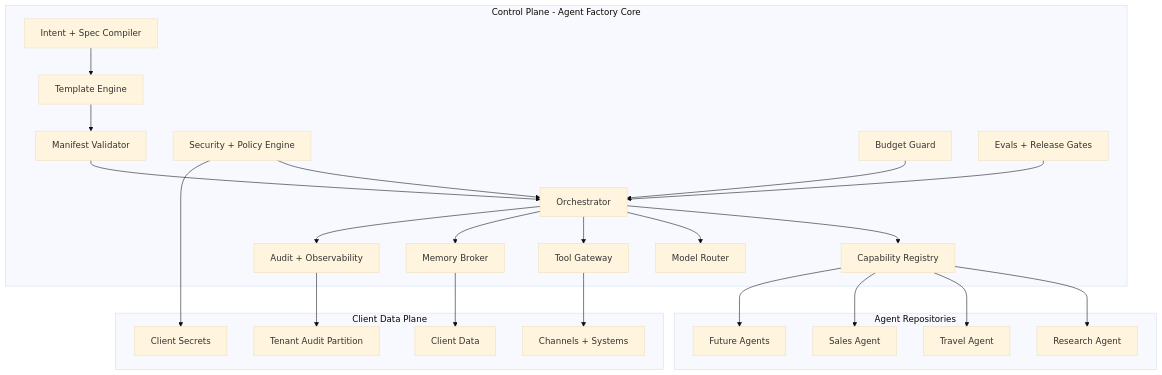
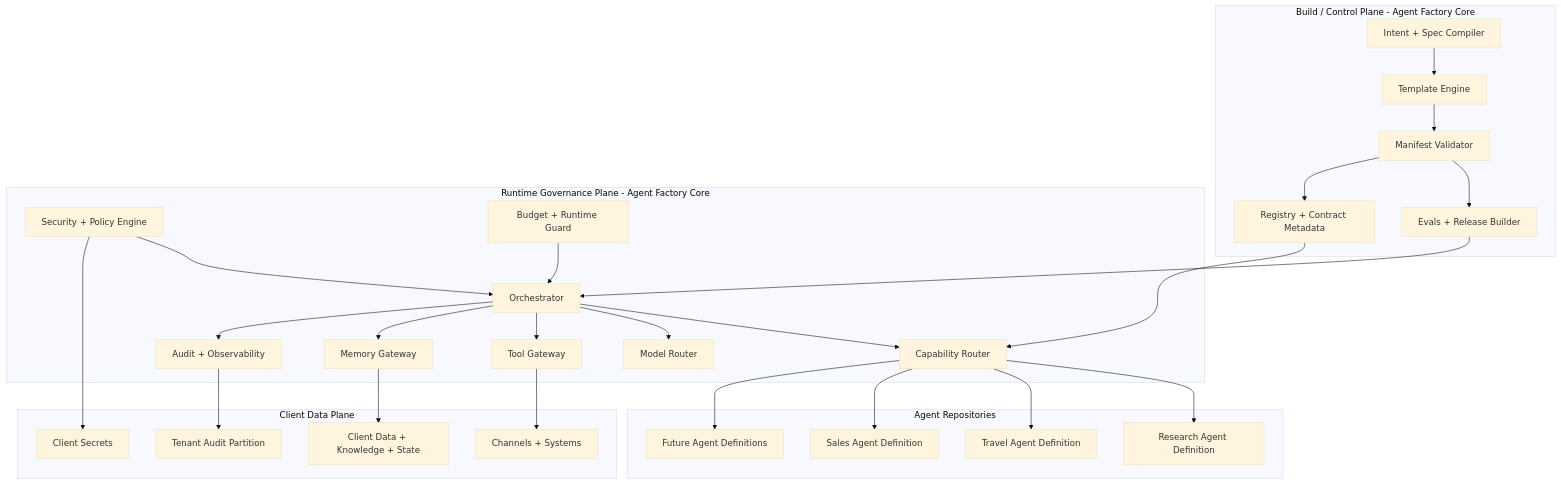
The diagram in docs/architecture.md (yuliabk/agent-factory-core), drawn with Mermaid (base theme) before and after one commit. The commit also changed other lines of this file, not shown here.

Commit message:
Accept architecture and split Core into build and runtime governance planes

````diff
--- a/docs/architecture.md
+++ b/docs/architecture.md
@@ -53,49 +90,55 @@
 ```mermaid
 flowchart TB
-    subgraph CP["Control Plane - Agent Factory Core"]
+    subgraph BCP["Build / Control Plane - Agent Factory Core"]
         INTAKE["Intent + Spec Compiler"]
         TMP["Template Engine"]
         MAN["Manifest Validator"]
+        REL["Evals + Release Builder"]
+        META["Registry + Contract Metadata"]
+    end
+
+    subgraph RGP["Runtime Governance Plane - Agent Factory Core"]
         ORCH["Orchestrator"]
-        REG["Capability Registry"]
+        POL["Security + Policy Engine"]
+        REG["Capability Router"]
         MR["Model Router"]
         TG["Tool Gateway"]
-        MEM["Memory Broker"]
-        POL["Security + Policy Engine"]
-        BUD["Budget Guard"]
+        MEM["Memory Gateway"]
+        BUD["Budget + Runtime Guard"]
         OBS["Audit + Observability"]
-        EV["Evals + Release Gates"]
     end
 
     subgraph AR["Agent Repositories"]
-        A1["Research Agent"]
-        A2["Travel Agent"]
-        A3["Sales Agent"]
-        A4["Future Agents"]
+        A1["Research Agent Definition"]
+        A2["Travel Agent Definition"]
+        A3["Sales Agent Definition"]
+        A4["Future Agent Definitions"]
     end
 
     subgraph DP["Client Data Plane"]
-        DATA["Client Data"]
+        DATA["Client Data + Knowledge + State"]
         SEC["Client Secrets"]
         CHANNELS["Channels + Systems"]
         LOGS["Tenant Audit Partition"]
     end
 
-    INTAKE --> TMP --> MAN --> ORCH
+    INTAKE --> TMP --> MAN --> REL
+    MAN --> META
+    REL --> ORCH
+    POL --> ORCH
+    BUD --> ORCH
     ORCH --> REG
     ORCH --> MR
     ORCH --> TG
     ORCH --> MEM
-    POL --> ORCH
-    BUD --> ORCH
     ORCH --> OBS
-    EV --> ORCH
+    META --> REG
     REG --> A1
     REG --> A2
     REG --> A3
     REG --> A4
     TG --> CHANNELS
     MEM --> DATA
     POL --> SEC
     OBS --> LOGS
 ```
````
